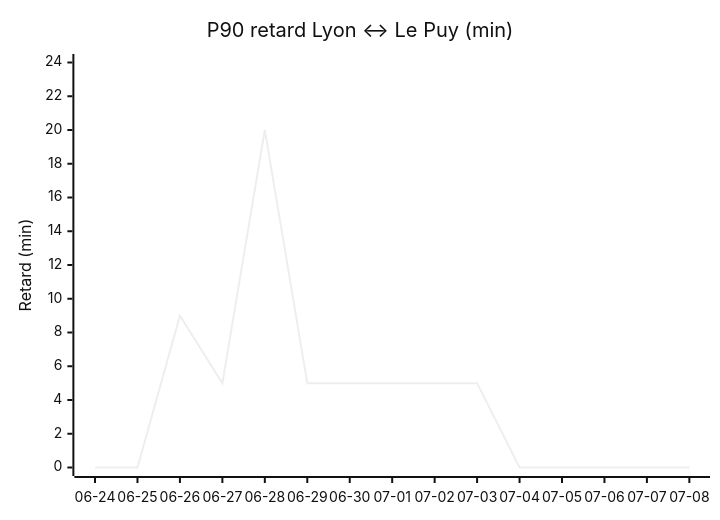
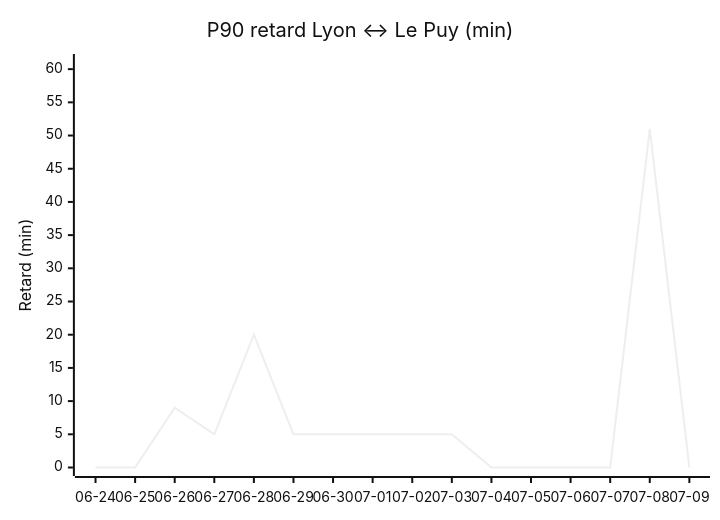
Before and after one commit to antoinerep/horaire-ter: the third of 4 diagrams in STATS.md, drawn with Mermaid (neutral theme). The commit also changed other lines of this file and 1 other file, not shown here.

````diff
--- a/STATS.md
+++ b/STATS.md
@@ -87,7 +88,7 @@
 ```mermaid
 xychart-beta
     title "P90 retard Lyon ↔ Le Puy (min)"
-    x-axis ["06-24", "06-25", "06-26", "06-27", "06-28", "06-29", "06-30", "07-01", "07-02", "07-03", "07-04", "07-05", "07-06", "07-07", "07-08"]
-    y-axis "Retard (min)" 0 --> 24
-    line [0.0, 0.0, 9.0, 5.0, 20.0, 5.0, 5.0, 5.0, 5.0, 5.0, 0.0, 0.0, 0.0, 0.0, 0.0]
+    x-axis ["06-24", "06-25", "06-26", "06-27", "06-28", "06-29", "06-30", "07-01", "07-02", "07-03", "07-04", "07-05", "07-06", "07-07", "07-08", "07-09"]
+    y-axis "Retard (min)" 0 --> 61
+    line [0.0, 0.0, 9.0, 5.0, 20.0, 5.0, 5.0, 5.0, 5.0, 5.0, 0.0, 0.0, 0.0, 0.0, 51.0, 0.0]
 ```
````
